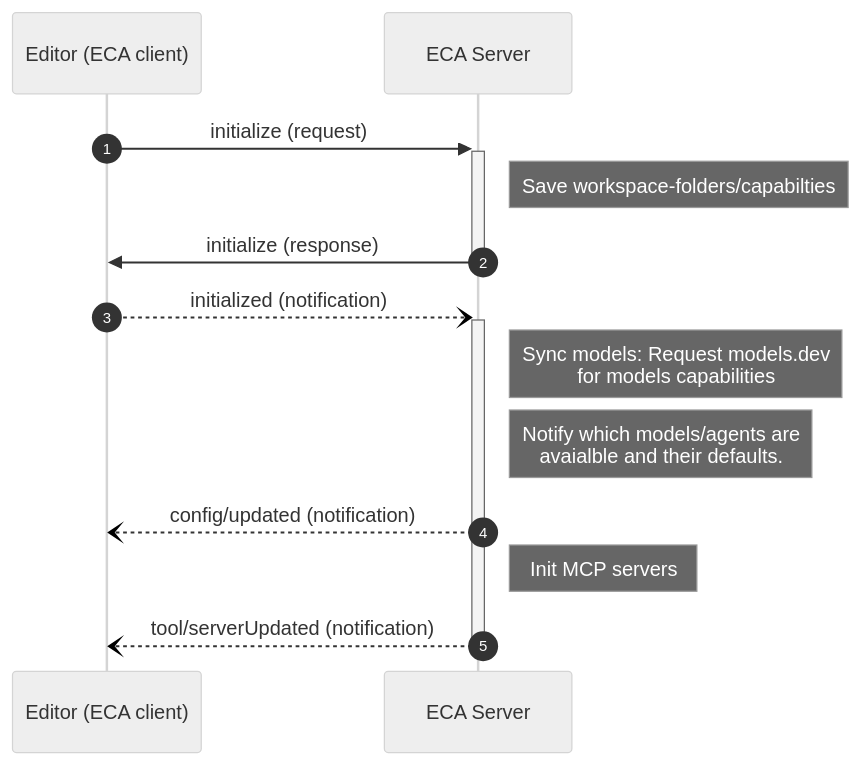
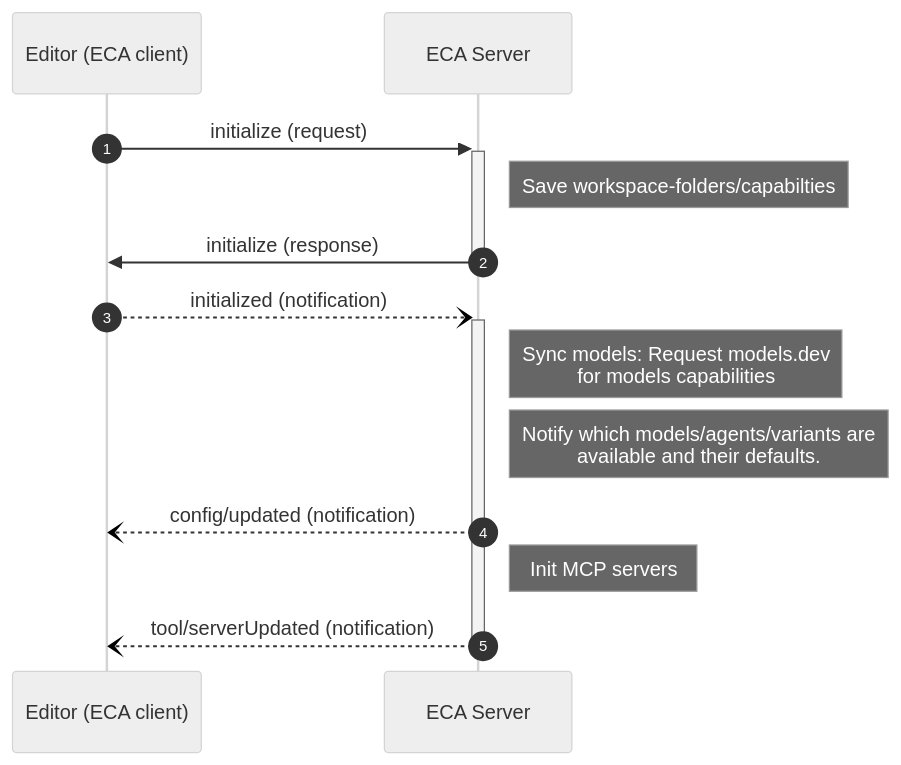
The first of 4 diagrams in docs/protocol.md (editor-code-assistant/eca), drawn with Mermaid (neutral theme) before and after one commit. The commit also changed other lines of this file and 8 other files, not shown here.

````diff
--- a/docs/protocol.md
+++ b/docs/protocol.md
@@ -58,15 +58,15 @@
     ```mermaid
     sequenceDiagram
         autonumber
         participant C as Editor (ECA client)
         participant S as ECA Server
         C->>+S: initialize (request)
         Note right of S: Save workspace-folders/capabilties
         S->>-C: initialize (response)
         C--)+S: initialized (notification)
         Note right of S: Sync models: Request models.dev <br/>for models capabilities
-        Note right of S: Notify which models/agents are <br/>avaialble and their defaults.
+        Note right of S: Notify which models/agents/variants are <br/>available and their defaults.
         S--)C: config/updated (notification)
         Note right of S: Init MCP servers
         S--)-C: tool/serverUpdated (notification)
     ```
````
